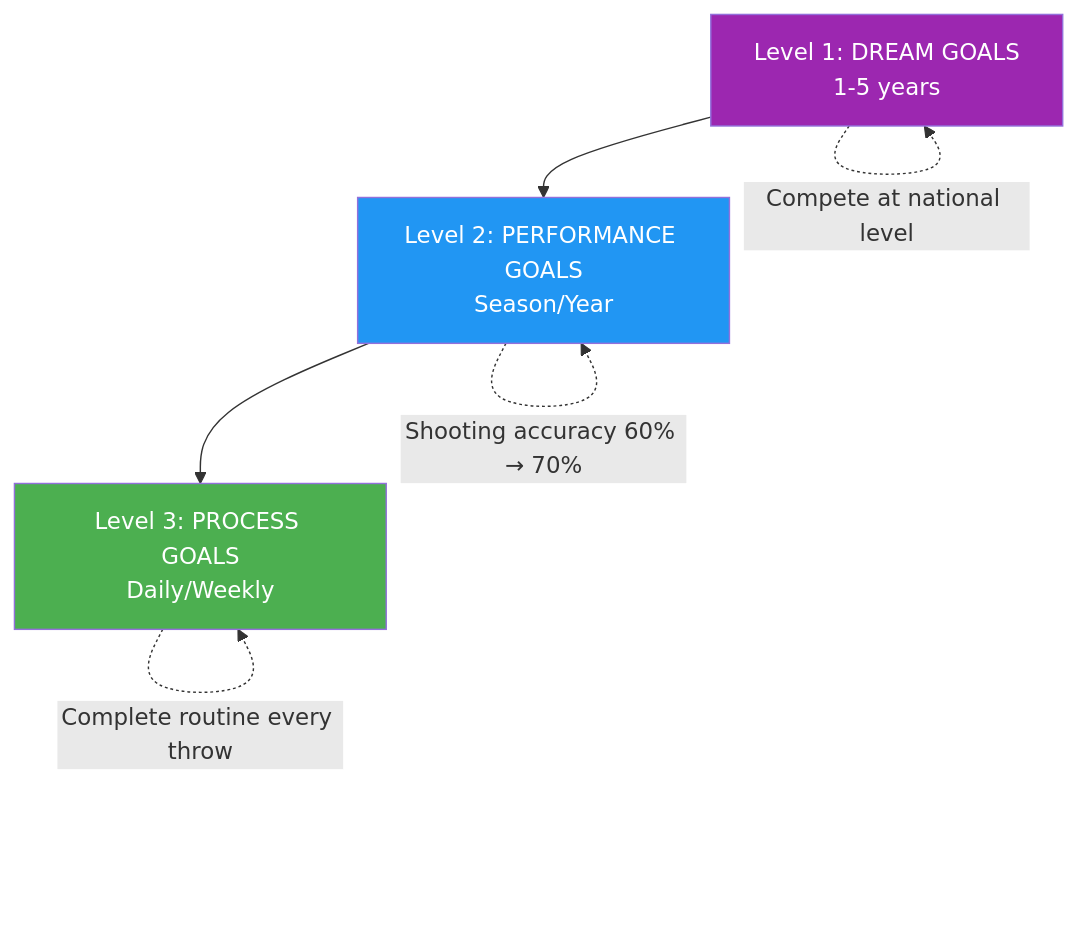
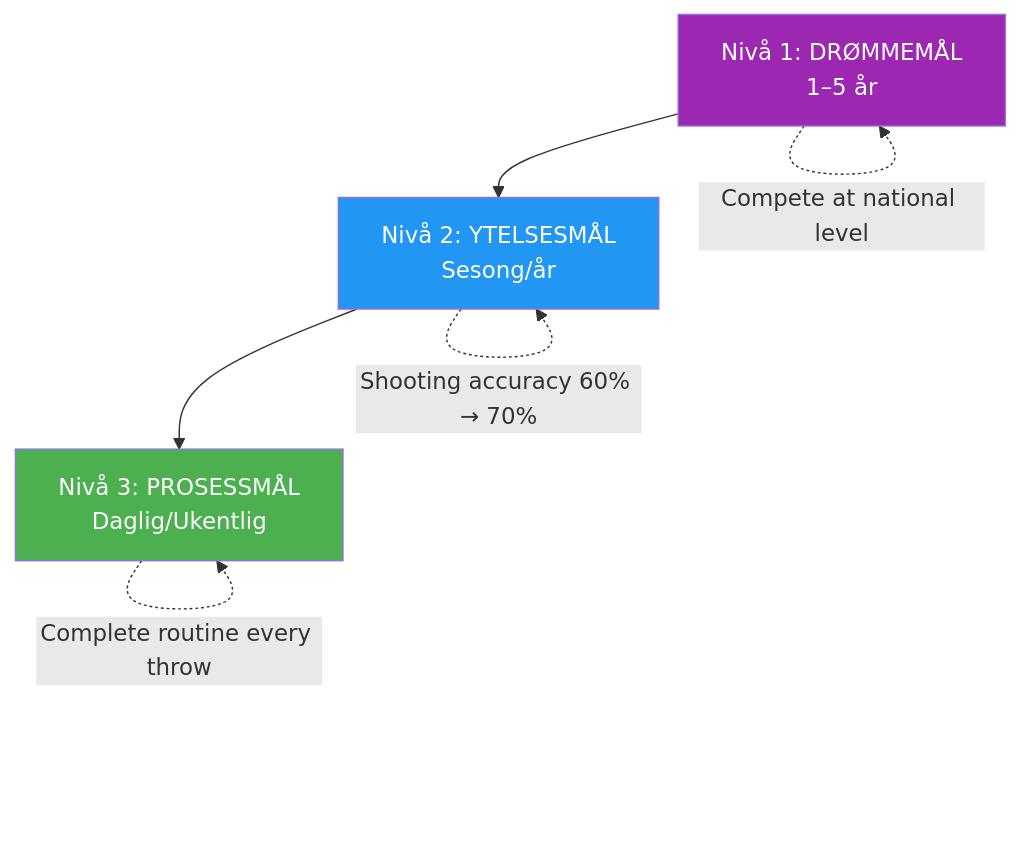
The diagram in docs/no/articles/elite-goal-setting.md (patwii/petanque-academy), drawn with Mermaid before and after one commit. The commit also changed other lines of this file and 550 other files, not shown here.

````diff
--- a/docs/no/articles/elite-goal-setting.md
+++ b/docs/no/articles/elite-goal-setting.md
@@ -33,13 +33,13 @@
 ```mermaid
 flowchart TD
-    A[Level 1: DREAM GOALS<br/>1-5 years] --> B[Level 2: PERFORMANCE GOALS<br/>Season/Year]
-    B --> C[Level 3: PROCESS GOALS<br/>Daily/Weekly]
+    A[Nivå 1: DRØMMEMÅL <br/> 1–5 år] --> B[Nivå 2: YTELSESMÅL <br/> Sesong/år]
+    B --> C[Nivå 3: PROSESSMÅL <br/> Daglig/Ukentlig]
 
     A -.->|"Compete at national level"| A
     B -.->|"Shooting accuracy 60% → 70%"| B
     C -.->|"Complete routine every throw"| C
 
     style A fill:#9C27B0,color:#fff
     style B fill:#2196F3,color:#fff
     style C fill:#4CAF50,color:#fff
 ```
````
